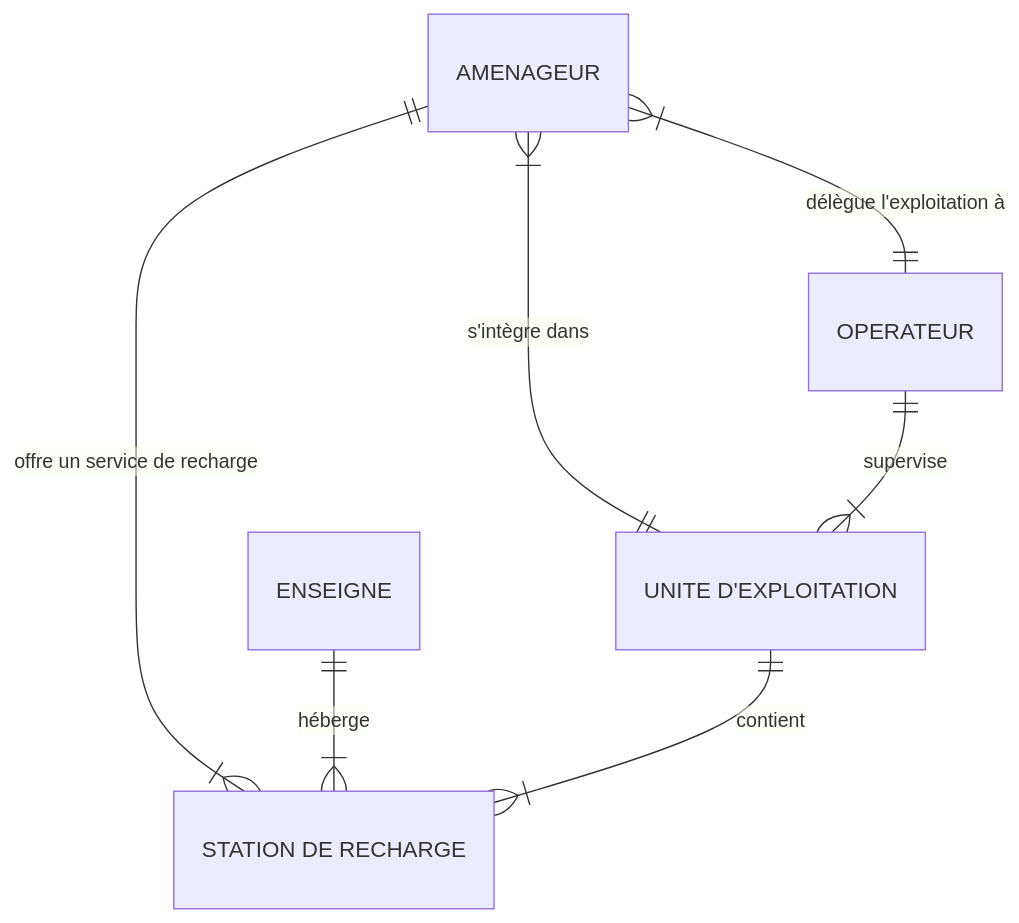
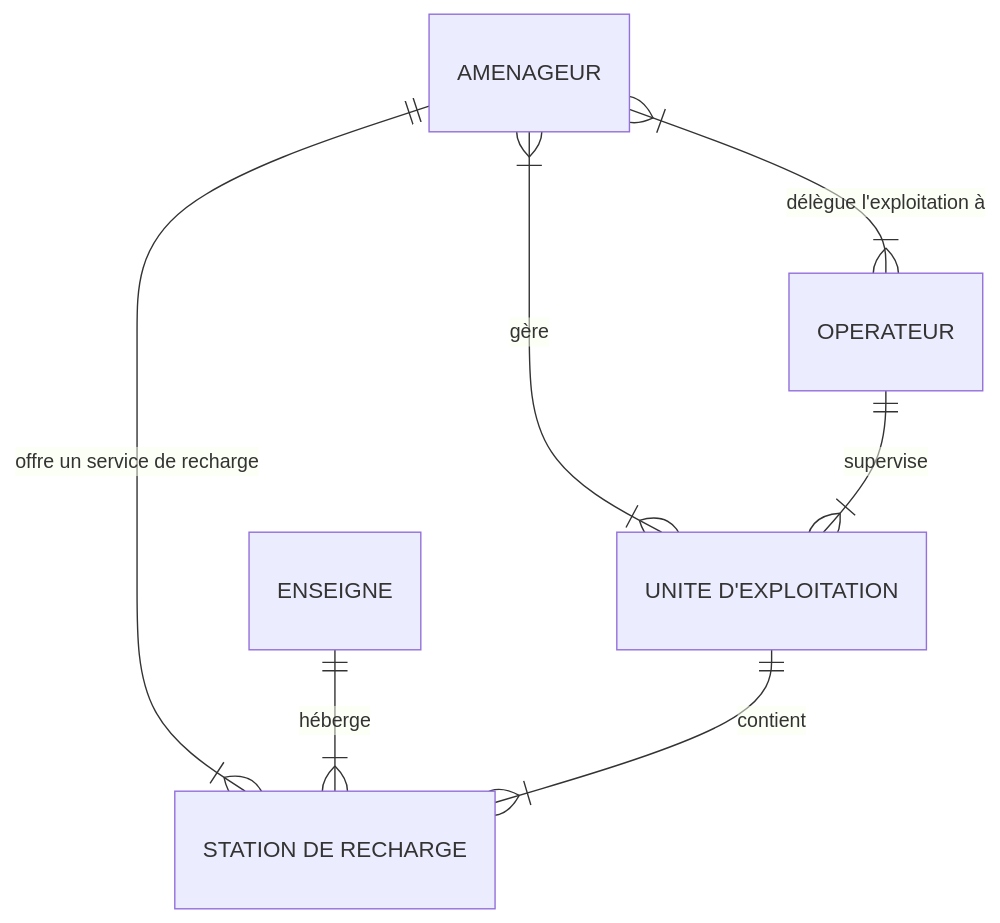
Before and after one commit to MTES-MCT/qualicharge: the third of 16 diagrams in docs/modele.md, drawn with Mermaid. The commit also changed other lines of this file, not shown here.

Commit message:
amenageur multi-unités

````diff
--- a/docs/modele.md
+++ b/docs/modele.md
@@ -121,9 +122,9 @@
 ```mermaid
 erDiagram
     AMENAGEUR ||--|{ "STATION DE RECHARGE" : "offre un service de recharge"
-    AMENAGEUR |{--|| "UNITE D'EXPLOITATION" : "s'intègre dans"
+    AMENAGEUR |{--|{ "UNITE D'EXPLOITATION" : "gère"
     ENSEIGNE ||--|{ "STATION DE RECHARGE": "héberge"
     OPERATEUR ||--|{ "UNITE D'EXPLOITATION": "supervise"
-    AMENAGEUR |{--|| OPERATEUR: "délègue l'exploitation à"
+    AMENAGEUR |{--|{ OPERATEUR: "délègue l'exploitation à"
     "UNITE D'EXPLOITATION" ||--|{ "STATION DE RECHARGE": "contient"
 ```
````
